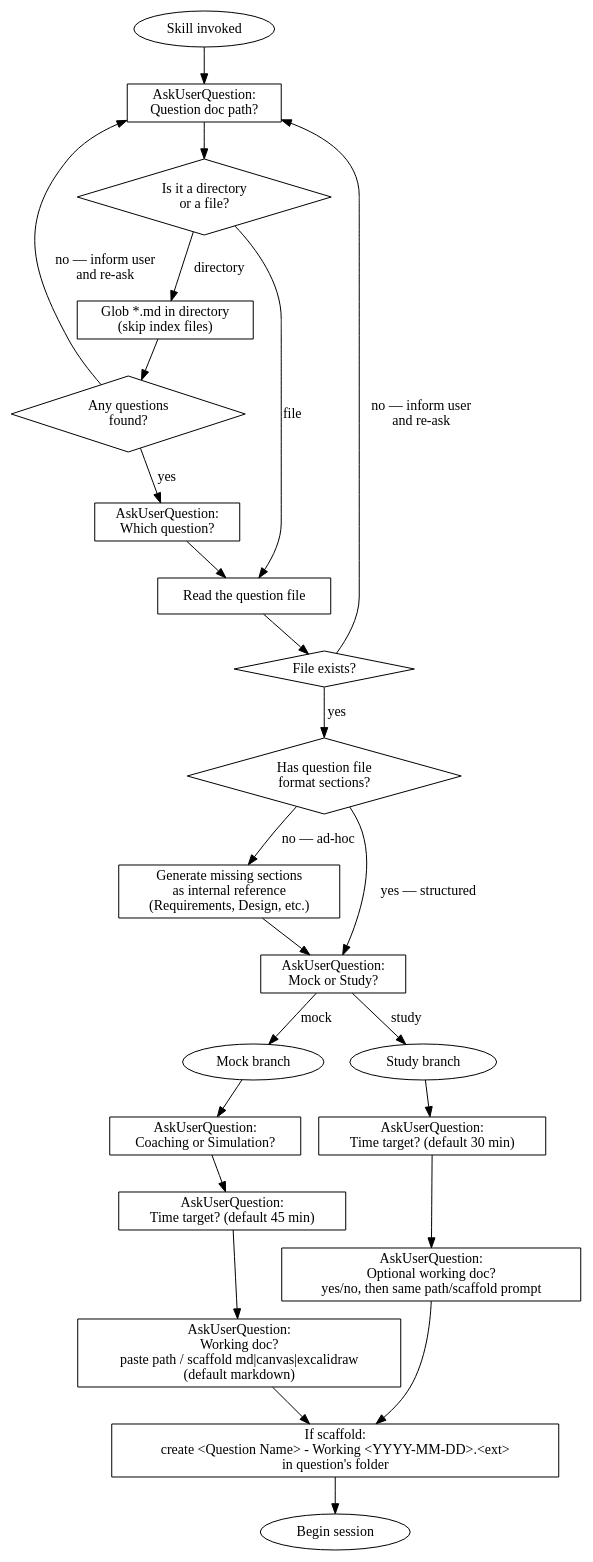
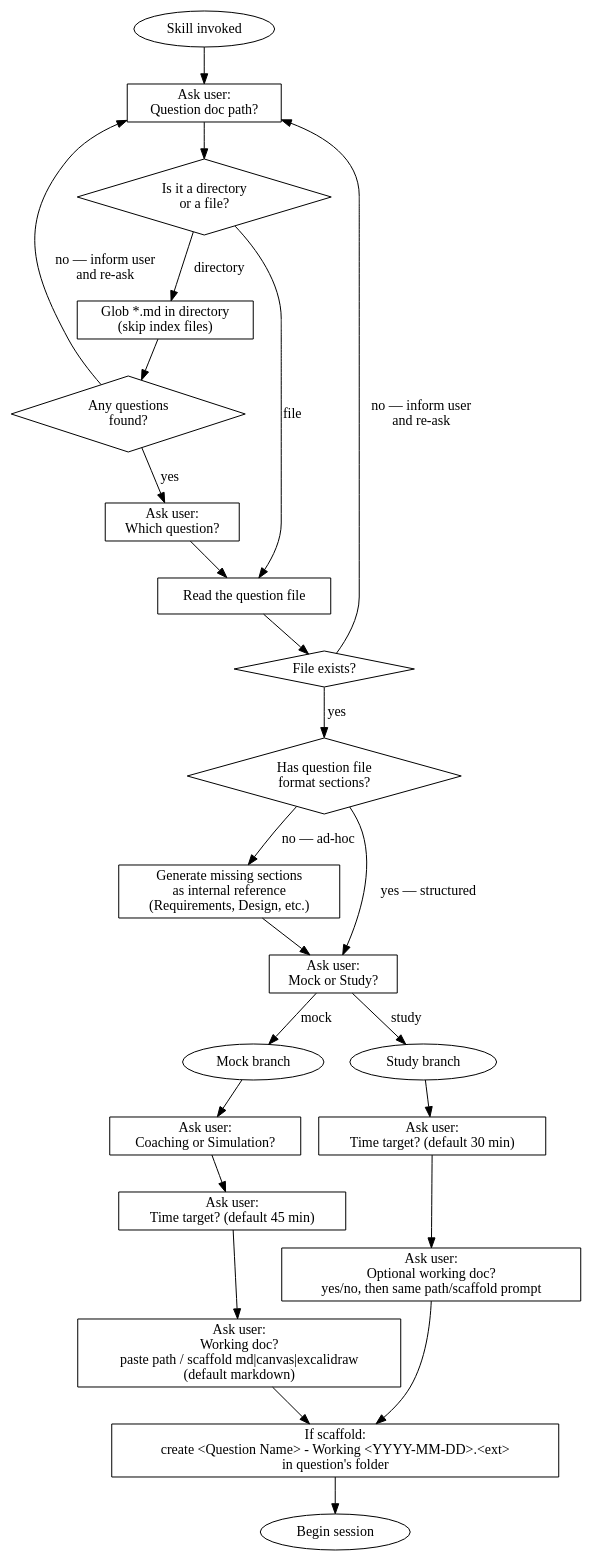
The first of 3 diagrams in plugins/accelerated-learning/skills/studying-system-design-challenges/SKILL.md (BunnyRocks/rabbit-hole), drawn with Graphviz before and after one commit. The commit also changed other lines of this file and 11 other files, not shown here.

````diff
--- a/plugins/accelerated-learning/skills/studying-system-design-challenges/SKILL.md
+++ b/plugins/accelerated-learning/skills/studying-system-design-challenges/SKILL.md
@@ -14,52 +14,52 @@
 ```dot
 digraph setup {
   rankdir=TB;
   node [shape=box];
 
   start [label="Skill invoked" shape=ellipse];
-  ask_path [label="AskUserQuestion:\nQuestion doc path?" shape=box];
+  ask_path [label="Ask user:\nQuestion doc path?" shape=box];
   check_path [label="Is it a directory\nor a file?" shape=diamond];
   list_dir [label="Glob *.md in directory\n(skip index files)" shape=box];
   dir_empty [label="Any questions\nfound?" shape=diamond];
-  ask_pick [label="AskUserQuestion:\nWhich question?" shape=box];
+  ask_pick [label="Ask user:\nWhich question?" shape=box];
   load [label="Read the question file" shape=box];
   file_exists [label="File exists?" shape=diamond];
   check_format [label="Has question file\nformat sections?" shape=diamond];
   gen_structure [label="Generate missing sections\nas internal reference\n(Requirements, Design, etc.)" shape=box];
-  ask_mode [label="AskUserQuestion:\nMock or Study?" shape=box];
+  ask_mode [label="Ask user:\nMock or Study?" shape=box];
   mock_branch [label="Mock branch" shape=ellipse];
   study_branch [label="Study branch" shape=ellipse];
-  ask_submode [label="AskUserQuestion:\nCoaching or Simulation?" shape=box];
-  ask_time_mock [label="AskUserQuestion:\nTime target? (default 45 min)" shape=box];
-  ask_time_study [label="AskUserQuestion:\nTime target? (default 30 min)" shape=box];
-  ask_doc_mock [label="AskUserQuestion:\nWorking doc?\npaste path / scaffold md|canvas|excalidraw\n(default markdown)" shape=box];
-  ask_doc_study [label="AskUserQuestion:\nOptional working doc?\nyes/no, then same path/scaffold prompt" shape=box];
+  ask_submode [label="Ask user:\nCoaching or Simulation?" shape=box];
+  ask_time_mock [label="Ask user:\nTime target? (default 45 min)" shape=box];
+  ask_time_study [label="Ask user:\nTime target? (default 30 min)" shape=box];
+  ask_doc_mock [label="Ask user:\nWorking doc?\npaste path / scaffold md|canvas|excalidraw\n(default markdown)" shape=box];
+  ask_doc_study [label="Ask user:\nOptional working doc?\nyes/no, then same path/scaffold prompt" shape=box];
   scaffold [label="If scaffold:\ncreate <Question Name> - Working <YYYY-MM-DD>.<ext>\nin question's folder" shape=box];
   begin [label="Begin session" shape=ellipse];
 
   start -> ask_path;
   ask_path -> check_path;
   check_path -> list_dir [label="directory"];
   check_path -> load [label="file"];
   list_dir -> dir_empty;
   dir_empty -> ask_pick [label="yes"];
   dir_empty -> ask_path [label="no — inform user\nand re-ask"];
   ask_pick -> load;
   load -> file_exists;
   file_exists -> check_format [label="yes"];
   file_exists -> ask_path [label="no — inform user\nand re-ask"];
   check_format -> ask_mode [label="yes — structured"];
   check_format -> gen_structure [label="no — ad-hoc"];
   gen_structure -> ask_mode;
   ask_mode -> mock_branch [label="mock"];
   ask_mode -> study_branch [label="study"];
   mock_branch -> ask_submode;
   ask_submode -> ask_time_mock;
   ask_time_mock -> ask_doc_mock;
   ask_doc_mock -> scaffold;
   study_branch -> ask_time_study;
   ask_time_study -> ask_doc_study;
   ask_doc_study -> scaffold;
   scaffold -> begin;
 }
 ```
````
